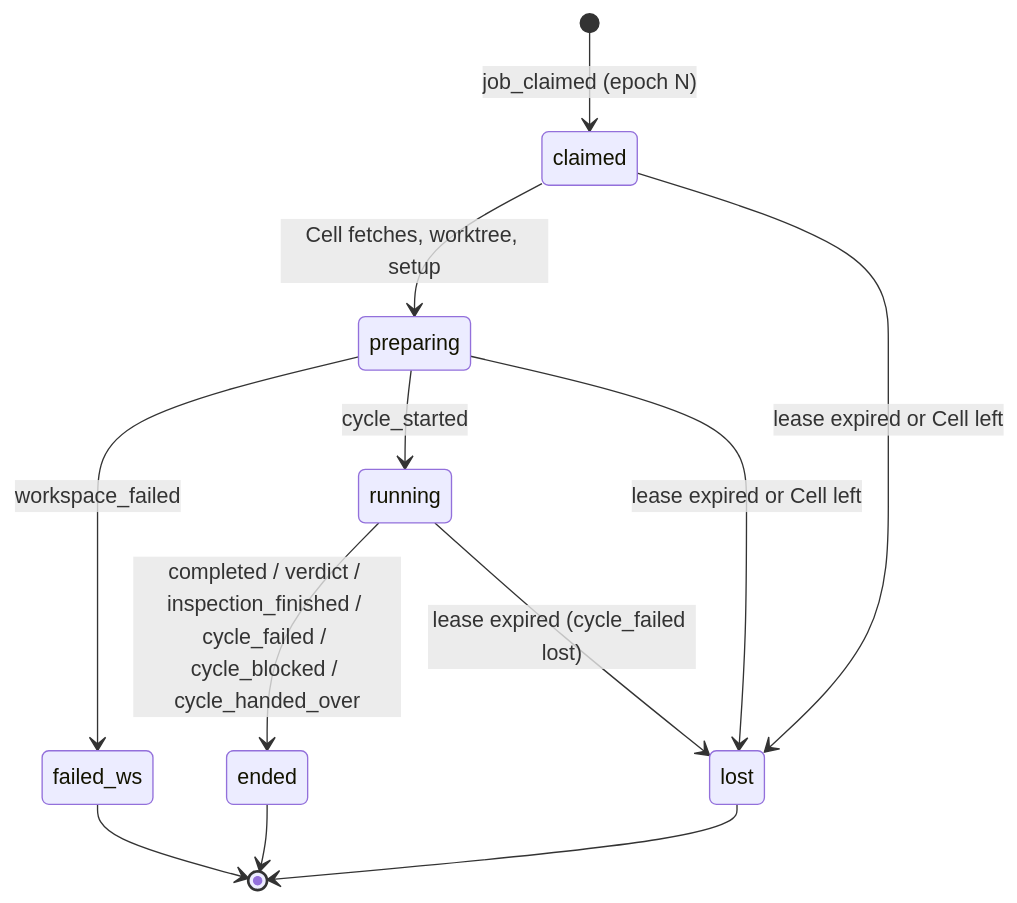
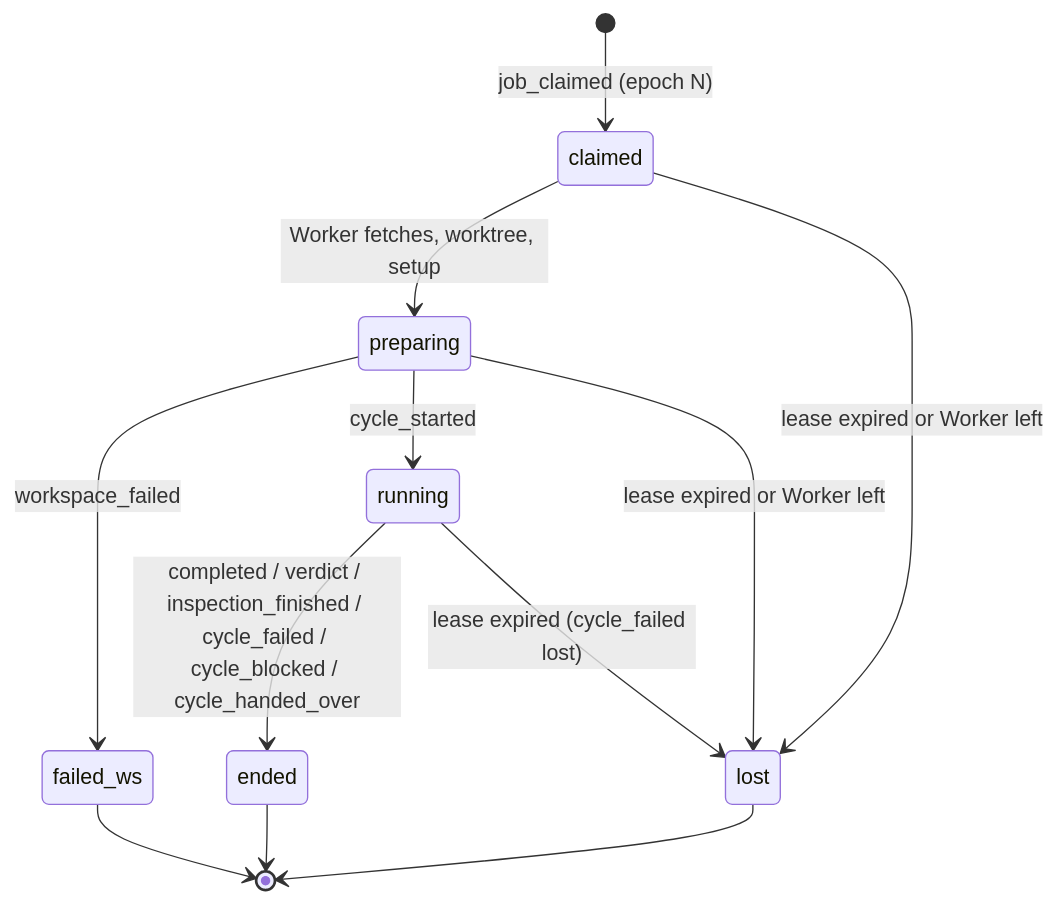
One commit to xyashino/software-factory changed the diagram in docs/PROTOCOL.md. Above: the diagram before and after it, drawn with Mermaid. The commit also changed other lines of this file and 48 other files, not shown here.

Commit message:
docs: restructure architecture around local socket server

````diff
--- a/docs/PROTOCOL.md
+++ b/docs/PROTOCOL.md
@@ -171,14 +204,14 @@
 ```mermaid
 stateDiagram-v2
   [*] --> claimed : job_claimed (epoch N)
-  claimed --> preparing : Cell fetches, worktree, setup
+  claimed --> preparing : Worker fetches, worktree, setup
   preparing --> failed_ws : workspace_failed
   preparing --> running : cycle_started
   running --> ended : completed / verdict / inspection_finished / cycle_failed / cycle_blocked / cycle_handed_over
-  claimed --> lost : lease expired or Cell left
-  preparing --> lost : lease expired or Cell left
+  claimed --> lost : lease expired or Worker left
+  preparing --> lost : lease expired or Worker left
   running --> lost : lease expired (cycle_failed lost)
   failed_ws --> [*]
   ended --> [*]
   lost --> [*]
 ```
````
